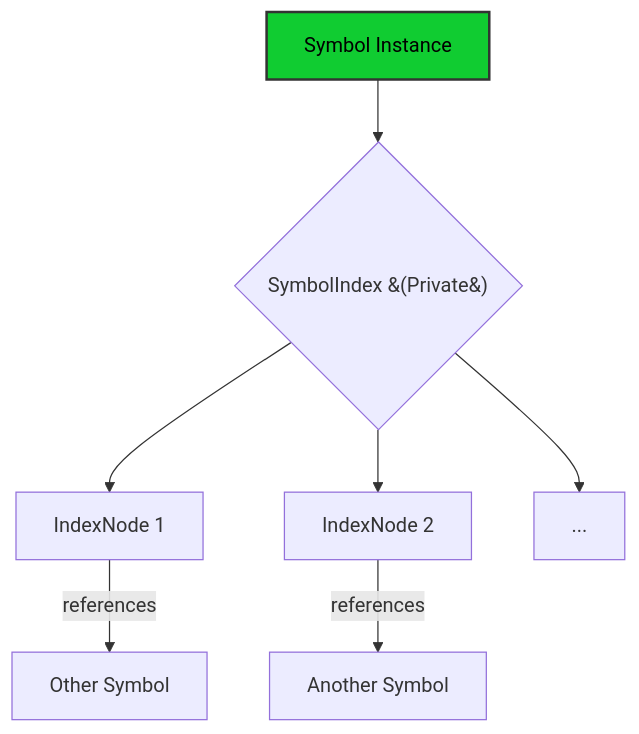
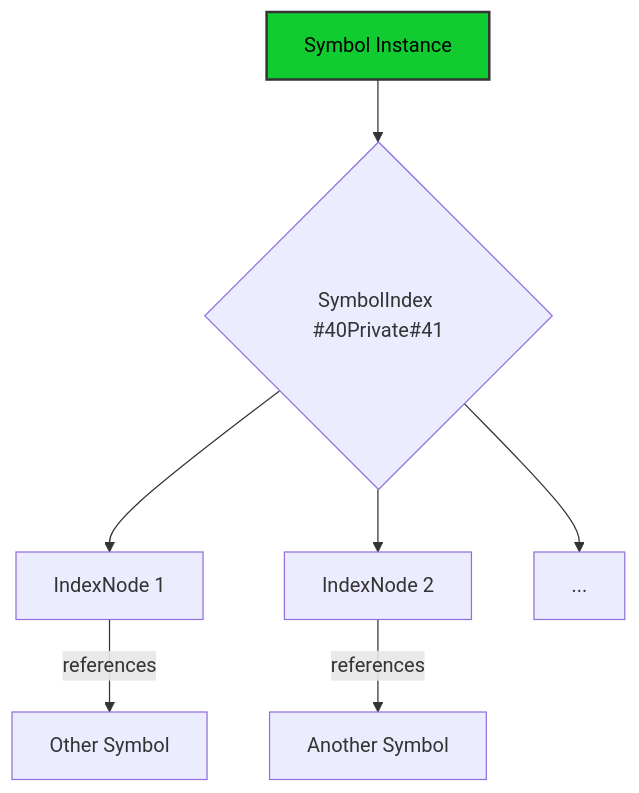
The diagram in docs/readme_details/4_per_instance_indexing/index.md (ikko/sym), drawn with Mermaid before and after one commit. The commit also changed 38 other files, not shown here.

Commit message:
mermaids maybe fixed

````diff
--- a/docs/readme_details/4_per_instance_indexing/index.md
+++ b/docs/readme_details/4_per_instance_indexing/index.md
@@ -9,13 +9,13 @@
 ```mermaid
 graph TD
-    A[Symbol Instance] --> B{SymbolIndex &#40;Private&#41;};
+    A[Symbol Instance] --> B{SymbolIndex #40Private#41};
     B --> C[IndexNode 1];
     B --> D[IndexNode 2];
     B --> E[...];
     C -- "references" --> F[Other Symbol];
     D -- "references" --> G[Another Symbol];
 
     style A fill:#10cc31,stroke:#333,stroke-width:2px,color:#000000;
 
     style A fill:#10cc31,stroke:#333,stroke-width:2px,color:#000000;
 ```
````
